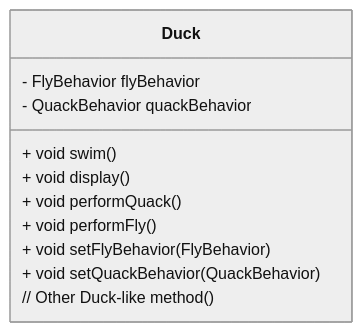
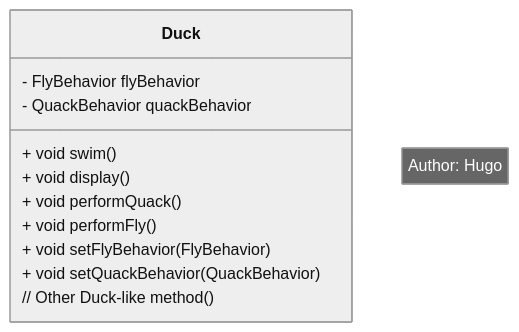
Before and after one commit to 1chooo/object-oriented-analysis-and-design-writeups: the tenth of 13 diagrams in materials/14-design-pattern-1/README.md, drawn with Mermaid (neutral theme). The commit also changed other lines of this file and 15 other files, not shown here.

Commit message:
feat(enhancement): material 14 class diagrams

````diff
--- a/materials/14-design-pattern-1/README.md
+++ b/materials/14-design-pattern-1/README.md
@@ -442,14 +754,15 @@
 ```mermaid
 classDiagram
+    note "Author: Hugo"
     class Duck {
         - FlyBehavior flyBehavior
         - QuackBehavior quackBehavior
         + void swim()
         + void display()
         + void performQuack()
         + void performFly()
         + void setFlyBehavior(FlyBehavior)
         + void setQuackBehavior(QuackBehavior)
         // Other Duck-like method()
     }
 ```
````
